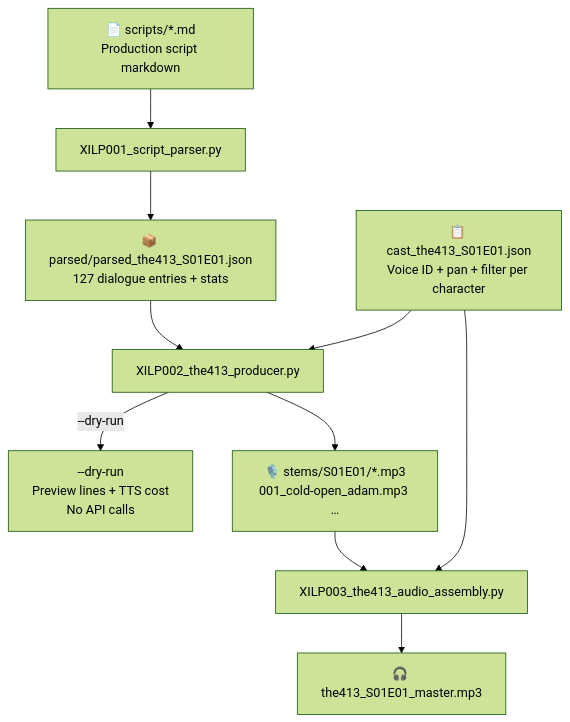
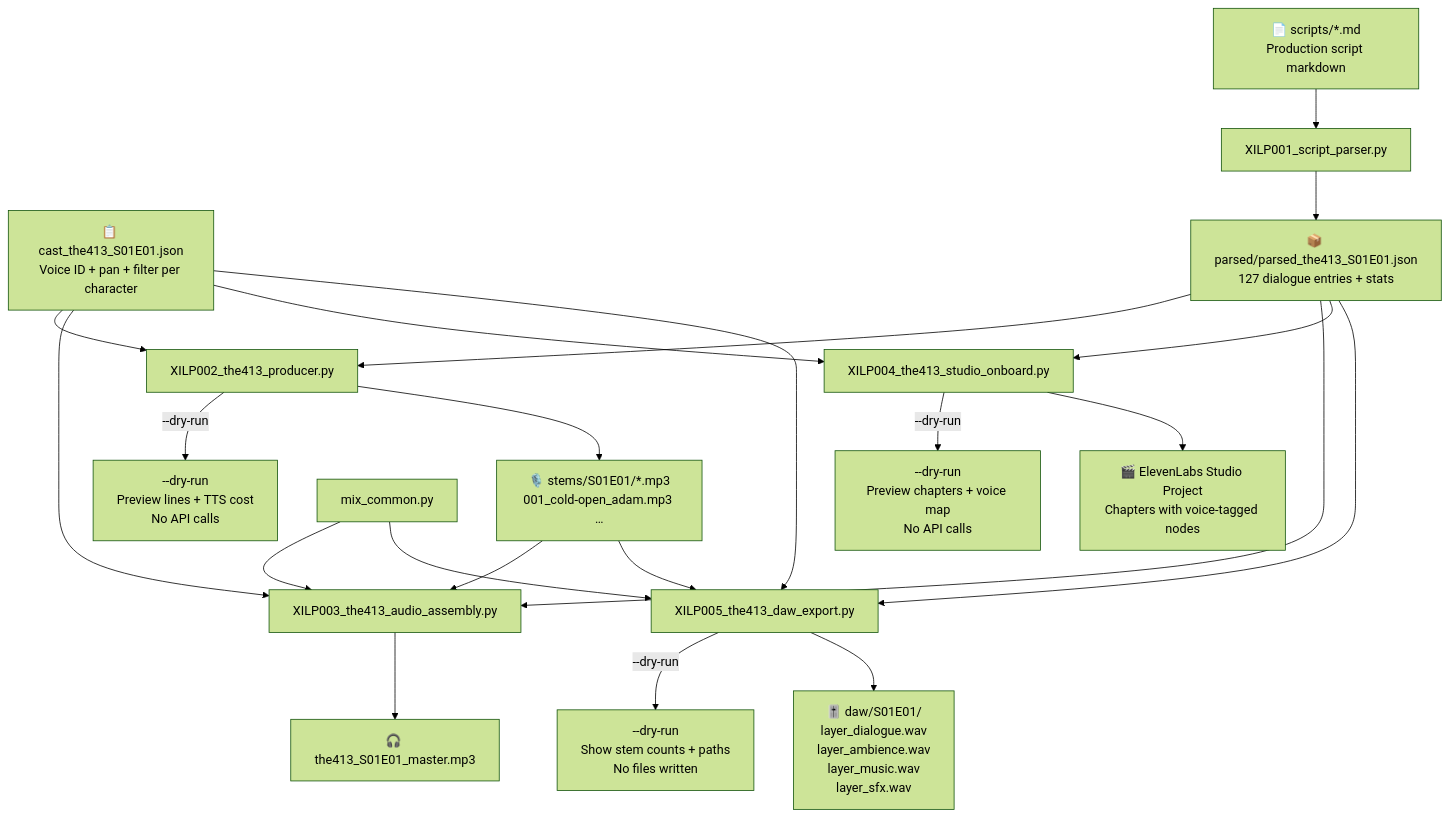
The first of 9 diagrams in docs/pipeline.md (tazlin/xil-pipeline), drawn with Mermaid (forest theme) before and after one commit. The commit also changed other lines of this file and 8 other files, not shown here.

First line of the commit message:
Add multi-track audio mixing and DAW layer export

````diff
--- a/docs/pipeline.md
+++ b/docs/pipeline.md
@@ -9,26 +9,59 @@
 ```mermaid
 flowchart TD
     S["`📄 scripts/*.md
     Production script markdown`"]
     C["`📋 cast_the413_S01E01.json
     Voice ID + pan + filter per character`"]
     P1["XILP001_script_parser.py"]
     J["`📦 parsed/parsed_the413_S01E01.json
     127 dialogue entries + stats`"]
     P2["XILP002_the413_producer.py"]
     P3["XILP003_the413_audio_assembly.py"]
     DRY["`--dry-run
     Preview lines + TTS cost
     No API calls`"]
     ST["`🎙️ stems/S01E01/*.mp3
     001_cold-open_adam.mp3 …`"]
     OUT["🎧 the413_S01E01_master.mp3"]
+    MIX["mix_common.py"]
 
     S --> P1 --> J
     C --> P2
     J --> P2
     P2 -->|"--dry-run"| DRY
     P2 --> ST
     C --> P3
-    ST --> P3 --> OUT
+    ST --> P3
+    J --> P3
+    MIX --> P3
+    P3 --> OUT
+
+    P4["XILP004_the413_studio_onboard.py"]
+    STUDIO["`🎬 ElevenLabs Studio Project
+    Chapters with voice-tagged nodes`"]
+    DRY4["`--dry-run
+    Preview chapters + voice map
+    No API calls`"]
+
+    J --> P4
+    C --> P4
+    P4 -->|"--dry-run"| DRY4
+    P4 --> STUDIO
+
+    P5["XILP005_the413_daw_export.py"]
+    DAW["`🎚️ daw/S01E01/
+    layer_dialogue.wav
+    layer_ambience.wav
+    layer_music.wav
+    layer_sfx.wav`"]
+    DRY5["`--dry-run
+    Show stem counts + paths
+    No files written`"]
+
+    ST --> P5
+    J --> P5
+    C --> P5
+    MIX --> P5
+    P5 -->|"--dry-run"| DRY5
+    P5 --> DAW
 ```
````
